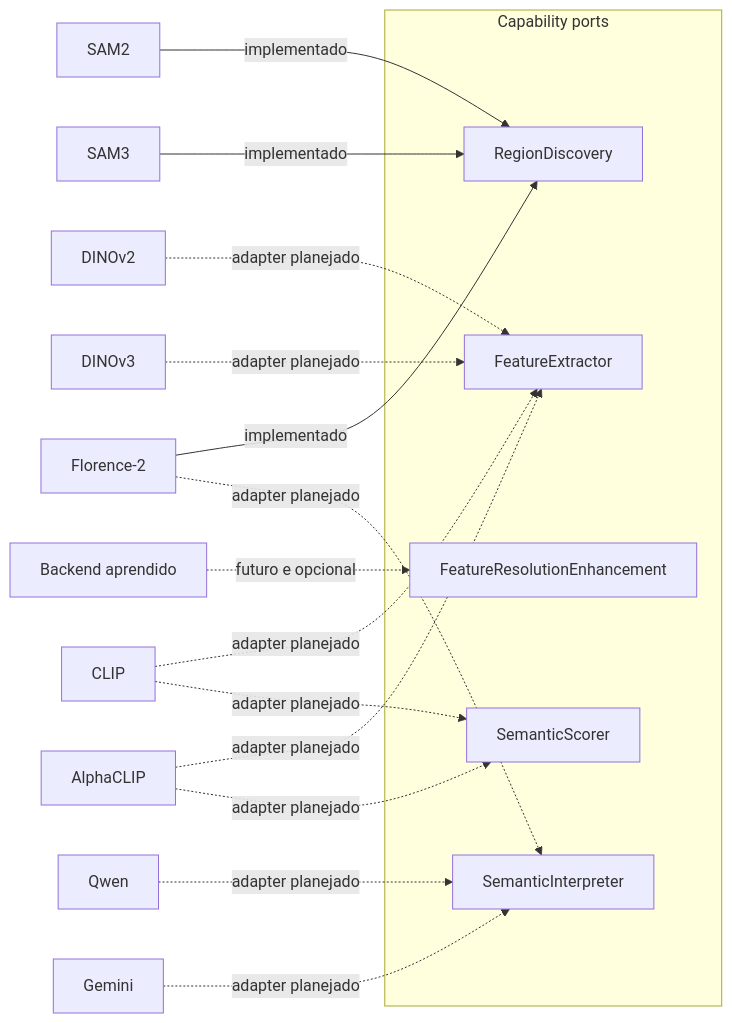
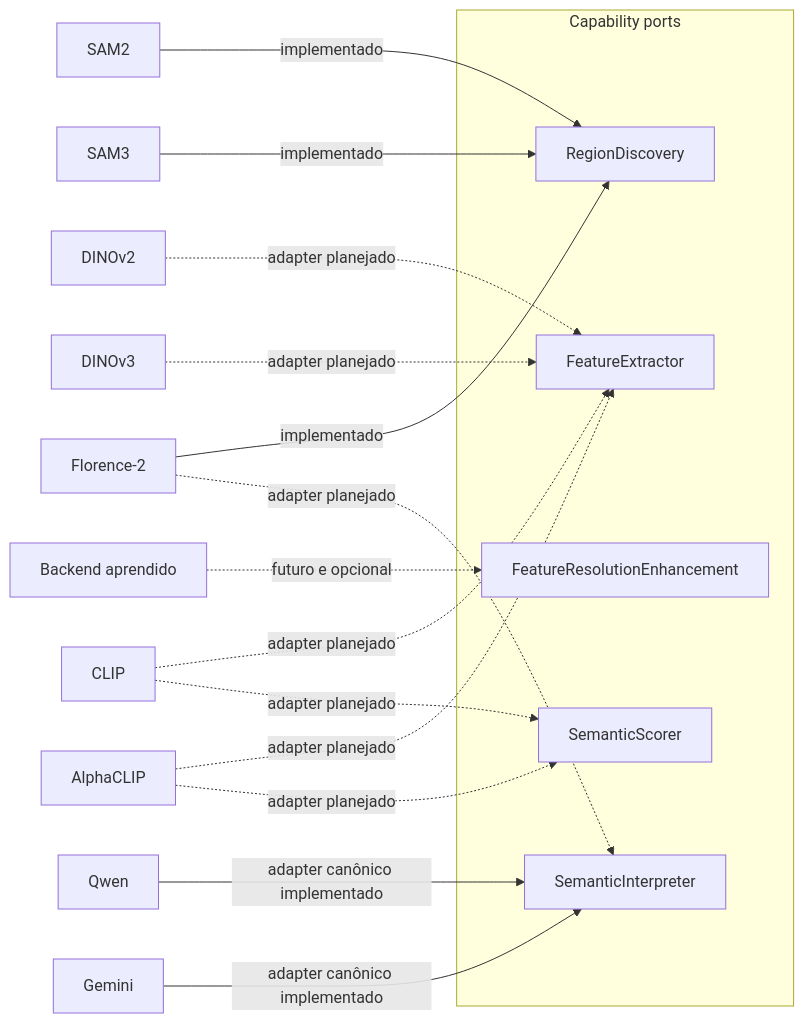
The diagram in src/contextmap/visual_perception/docs/ports.md (Alexandre-Tortoza/contextmap2), drawn with Mermaid before and after one commit. The commit also changed other lines of this file and 4 other files, not shown here.

````diff
--- a/src/contextmap/visual_perception/docs/ports.md
+++ b/src/contextmap/visual_perception/docs/ports.md
@@ -7,24 +7,24 @@
 ```mermaid
 flowchart LR
     subgraph PORTS[Capability ports]
         RD["RegionDiscovery"]
         FE["FeatureExtractor"]
         FRE["FeatureResolutionEnhancement"]
         SI["SemanticInterpreter"]
         SS["SemanticScorer"]
     end
 
     SAM2["SAM2"] -->|implementado| RD
     SAM3["SAM3"] -->|implementado| RD
     F2["Florence-2"] -->|implementado| RD
     F2 -. adapter planejado .-> SI
     D2["DINOv2"] -. adapter planejado .-> FE
     D3["DINOv3"] -. adapter planejado .-> FE
     CLIP["CLIP"] -. adapter planejado .-> FE
     CLIP -. adapter planejado .-> SS
     ACLIP["AlphaCLIP"] -. adapter planejado .-> FE
     ACLIP -. adapter planejado .-> SS
-    QWEN["Qwen"] -. adapter planejado .-> SI
-    GEMINI["Gemini"] -. adapter planejado .-> SI
+    QWEN["Qwen"] -->|adapter canônico implementado| SI
+    GEMINI["Gemini"] -->|adapter canônico implementado| SI
     ENH["Backend aprendido"] -. futuro e opcional .-> FRE
 ```
````
